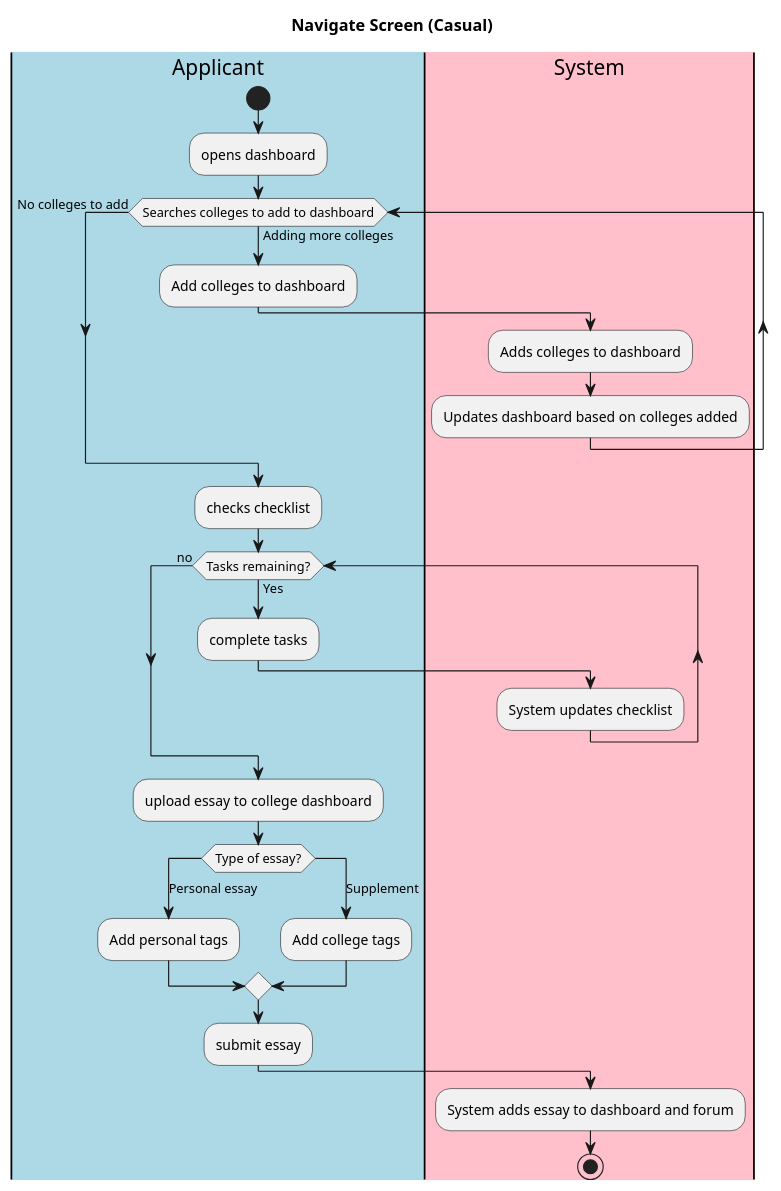
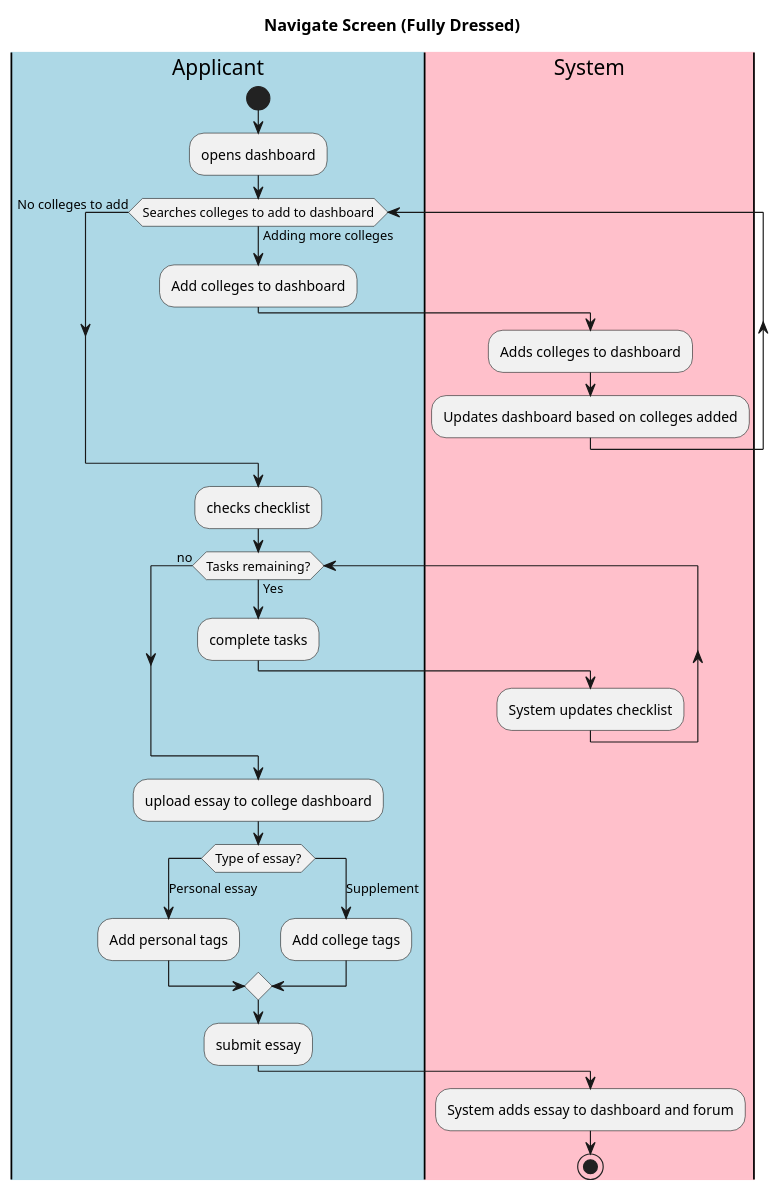
The diagram in intellij/use-cases/applicantNavigate.md (jlederer33/Essay-Review-App), drawn with PlantUML before and after one commit. The commit also changed other lines of this file and 5 other files, not shown here.

````diff
--- a/intellij/use-cases/applicantNavigate.md
+++ b/intellij/use-cases/applicantNavigate.md
@@ -1,35 +2,35 @@
 ```plantuml
-title Navigate Screen (Casual)
+title Navigate Screen (Fully Dressed)
 |#lightblue|Applicant| 
 |#pink|System|
 
 |Applicant|
 start
 :opens dashboard;
 while(Searches colleges to add to dashboard) is (Adding more colleges)
 :Add colleges to dashboard;
 |System|
 :Adds colleges to dashboard;
 :Updates dashboard based on colleges added;
 endwhile (No colleges to add)
 |Applicant|
 :checks checklist;
 while (Tasks remaining?) is (Yes)
 :complete tasks;
 |System|
 :System updates checklist;
 endwhile(no)
 |Applicant|
 :upload essay to college dashboard;
 switch (Type of essay?)
 case (Personal essay)
 :Add personal tags;
 case (Supplement)
 :Add college tags;
 endswitch
 :submit essay;
 |System| 
 :System adds essay to dashboard and forum;
 stop
 
 ```
````
